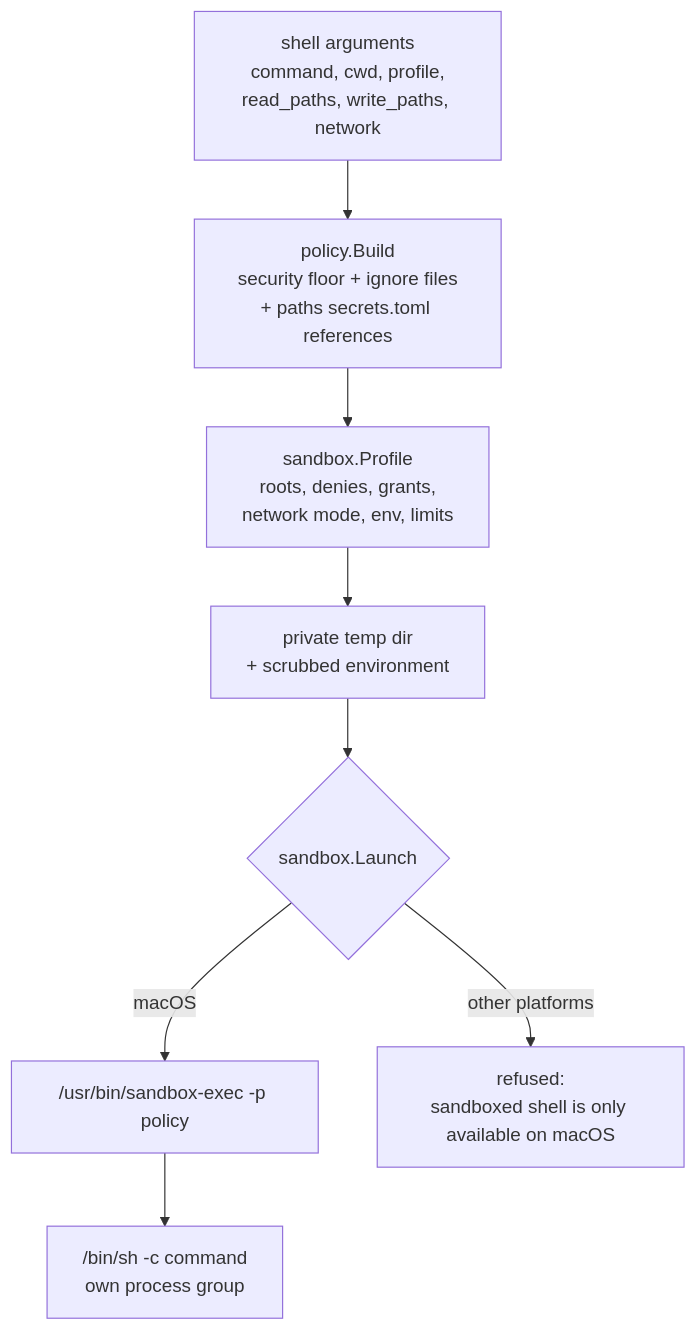
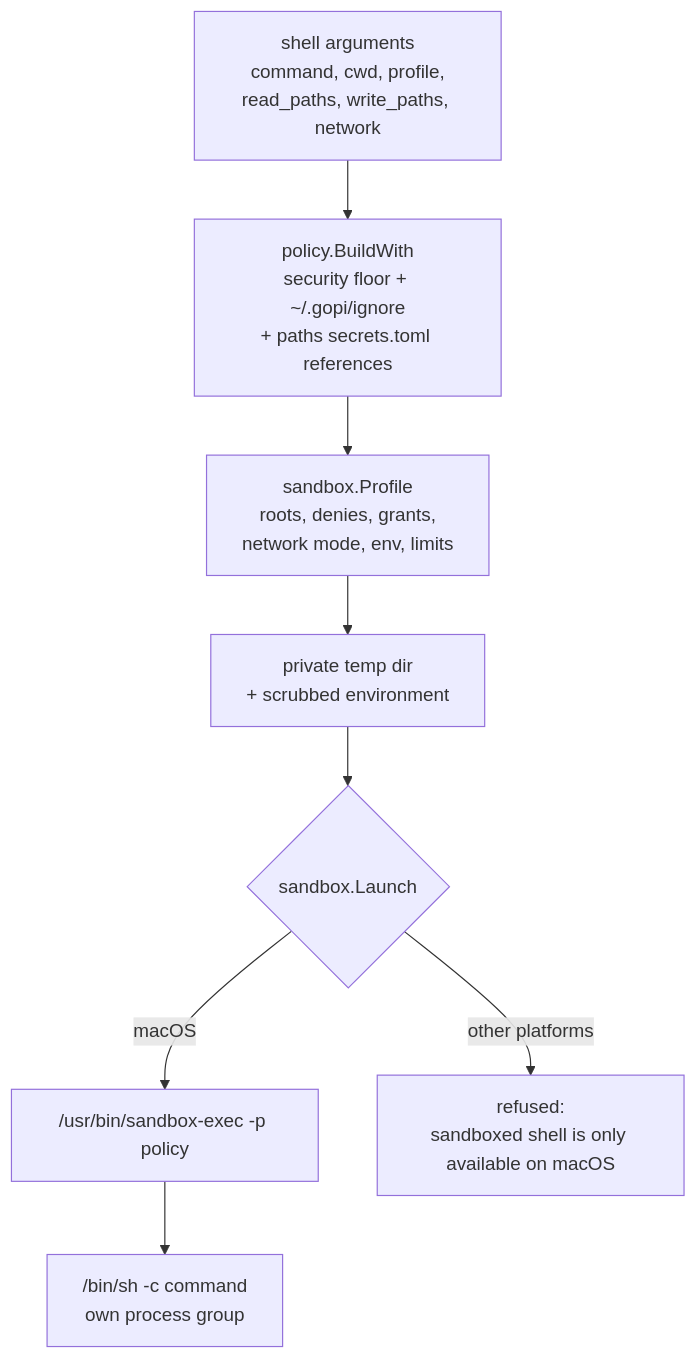
The first of 2 diagrams in docs/src/concepts/sandboxing.md (cgund98/gopi), drawn with Mermaid before and after one commit. The commit also changed other lines of this file and 16 other files, not shown here.

````diff
--- a/docs/src/concepts/sandboxing.md
+++ b/docs/src/concepts/sandboxing.md
@@ -43,10 +43,10 @@
 ```mermaid
 flowchart TD
-    Args["shell arguments<br/>command, cwd, profile,<br/>read_paths, write_paths, network"] --> Rules["policy.Build<br/>security floor + ignore files<br/>+ paths secrets.toml references"]
+    Args["shell arguments<br/>command, cwd, profile,<br/>read_paths, write_paths, network"] --> Rules["policy.BuildWith<br/>security floor + ~/.gopi/ignore<br/>+ paths secrets.toml references"]
     Rules --> Profile["sandbox.Profile<br/>roots, denies, grants,<br/>network mode, env, limits"]
     Profile --> Prep["private temp dir<br/>+ scrubbed environment"]
     Prep --> Launch{"sandbox.Launch"}
     Launch -->|macOS| Seatbelt["/usr/bin/sandbox-exec -p policy"]
     Launch -->|other platforms| Refused["refused:<br/>sandboxed shell is only available on macOS"]
     Seatbelt --> Child["/bin/sh -c command<br/>own process group"]
 ```
````
